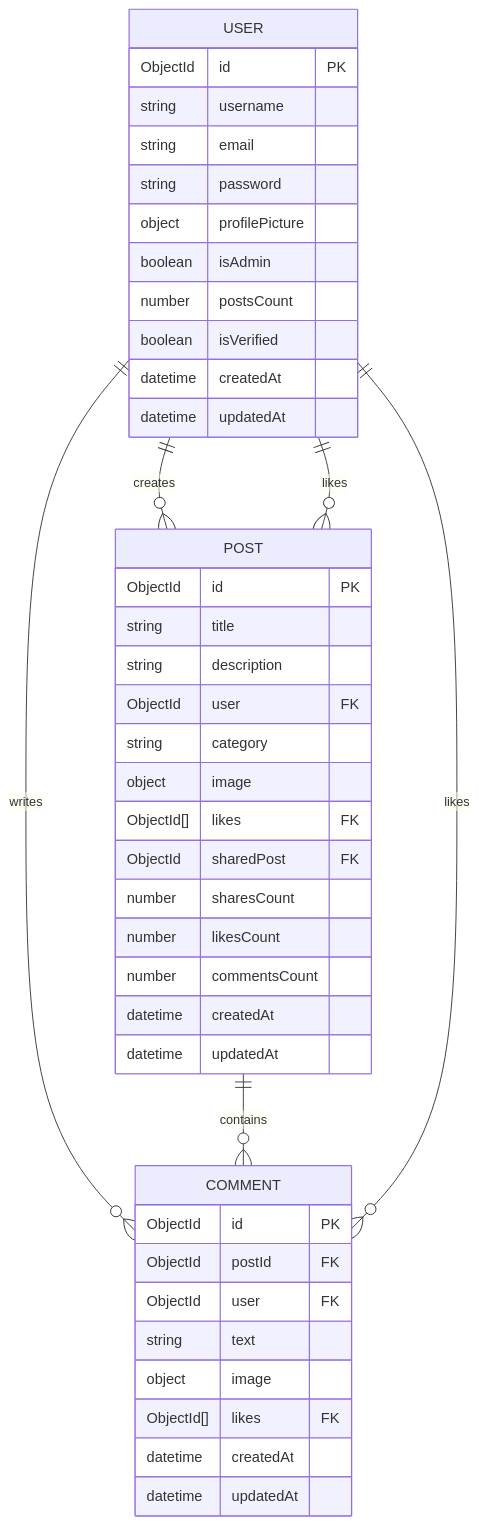
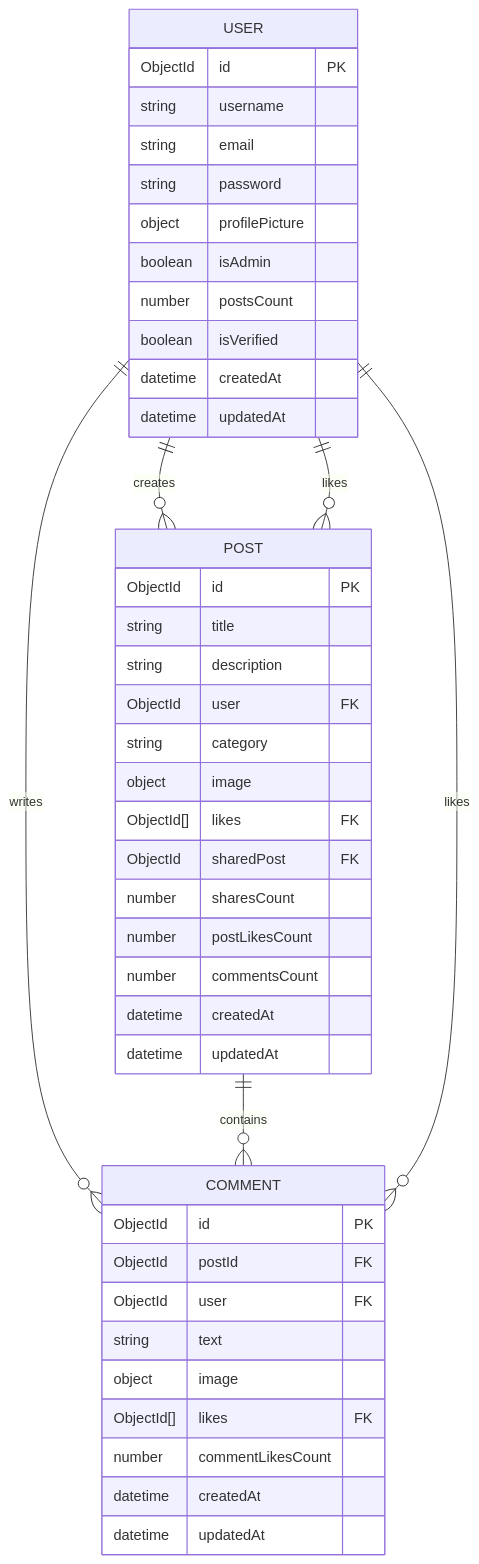
The diagram in README.md (EmadAhmed6/Blog-API), drawn with Mermaid before and after one commit. The commit also changed 8 other files, not shown here.

Commit message:
updated post,comments to get likes count

````diff
--- a/README.md
+++ b/README.md
@@ -78,48 +78,49 @@
 ```mermaid
 erDiagram
     USER ||--o{ POST : "creates"
     USER ||--o{ COMMENT : "writes"
     POST ||--o{ COMMENT : "contains"
     USER ||--o{ POST : "likes"
     USER ||--o{ COMMENT : "likes"
 
     USER {
         ObjectId id PK
         string username
         string email
         string password
         object profilePicture
         boolean isAdmin
         number postsCount
         boolean isVerified
         datetime createdAt
         datetime updatedAt
     }
 
     POST {
         ObjectId id PK
         string title
         string description
         ObjectId user FK
         string category
         object image
         ObjectId[] likes FK
         ObjectId sharedPost FK
         number sharesCount
-        number likesCount
+        number postLikesCount
         number commentsCount
         datetime createdAt
         datetime updatedAt
     }
 
     COMMENT {
         ObjectId id PK
         ObjectId postId FK
         ObjectId user FK
         string text
         object image
         ObjectId[] likes FK
+        number commentLikesCount
         datetime createdAt
         datetime updatedAt
     }
 ```
````
